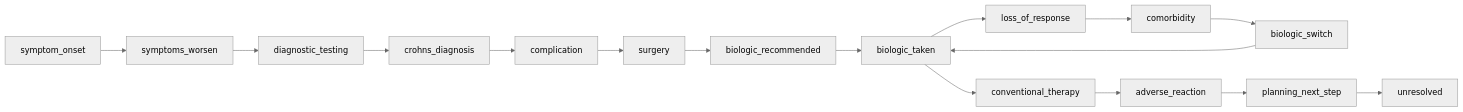
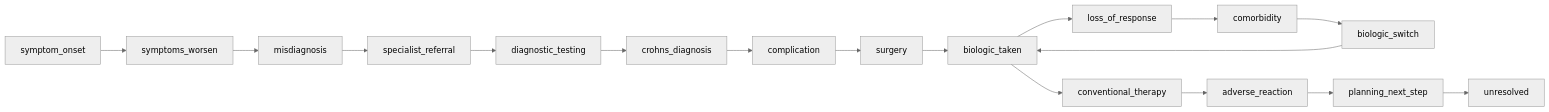
One commit to carecodeconnect/crohnicity changed diagram 27 of 50 in docs/referral_pathways.md. Above: the diagram before and after it, drawn with Mermaid. The commit also changed other lines of this file and 107 other files, not shown here.

````diff
--- a/docs/referral_pathways.md
+++ b/docs/referral_pathways.md
@@ -1003,34 +1017,36 @@
 ``` mermaid
 %%{init: {'theme':'neutral'}}%%
 flowchart LR
     n0["symptom_onset"]
     n1["symptoms_worsen"]
-    n2["diagnostic_testing"]
-    n3["crohns_diagnosis"]
-    n4["complication"]
-    n5["surgery"]
-    n6["biologic_recommended"]
-    n7["biologic_taken"]
-    n8["loss_of_response"]
-    n9["comorbidity"]
-    n10["biologic_switch"]
-    n11["conventional_therapy"]
-    n12["adverse_reaction"]
-    n13["planning_next_step"]
-    n14["unresolved"]
+    n2["misdiagnosis"]
+    n3["specialist_referral"]
+    n4["diagnostic_testing"]
+    n5["crohns_diagnosis"]
+    n6["complication"]
+    n7["surgery"]
+    n8["biologic_taken"]
+    n9["loss_of_response"]
+    n10["comorbidity"]
+    n11["biologic_switch"]
+    n12["conventional_therapy"]
+    n13["adverse_reaction"]
+    n14["planning_next_step"]
+    n15["unresolved"]
     n0 -->n1
     n1 -->n2
     n2 -->n3
     n3 -->n4
     n4 -->n5
     n5 -->n6
     n6 -->n7
     n7 -->n8
     n8 -->n9
     n9 -->n10
-    n10 -->n7
-    n7 -->n11
-    n11 -->n12
+    n10 -->n11
+    n11 -->n8
+    n8 -->n12
     n12 -->n13
     n13 -->n14
+    n14 -->n15
 ```
````
